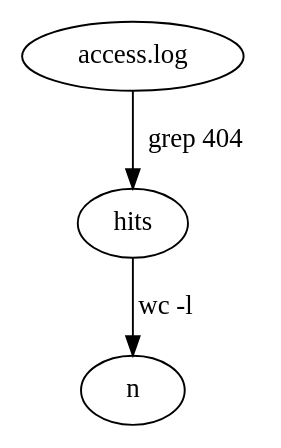
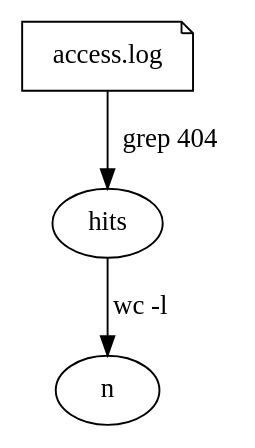
Before and after one commit to curtcox/gripeline: diagram 15 of 33 in SPEC.md, drawn with Graphviz. The commit also changed other lines of this file and 39 other files, not shown here.

````diff
--- a/SPEC.md
+++ b/SPEC.md
@@ -595,6 +629,6 @@
 ```dot
-/* B */ digraph { gl_mapping="B"
+/* Dataflow */ digraph { gl_mapping="dataflow"
   access_log -> hits [label="grep 404"]
   hits -> n          [label="wc -l"]
-  access_log [label="access.log"] }
+  access_log [shape=note,label="access.log"] }
 ```
````
